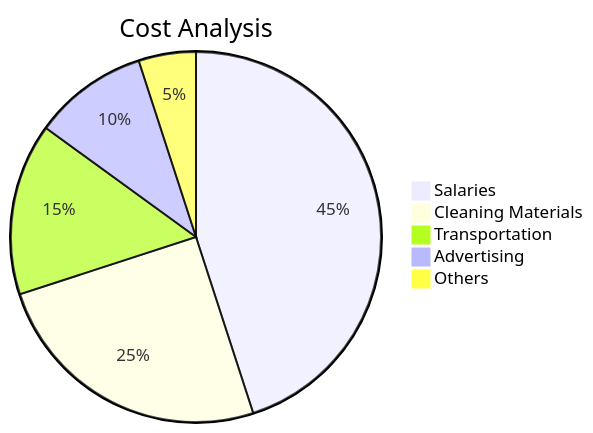
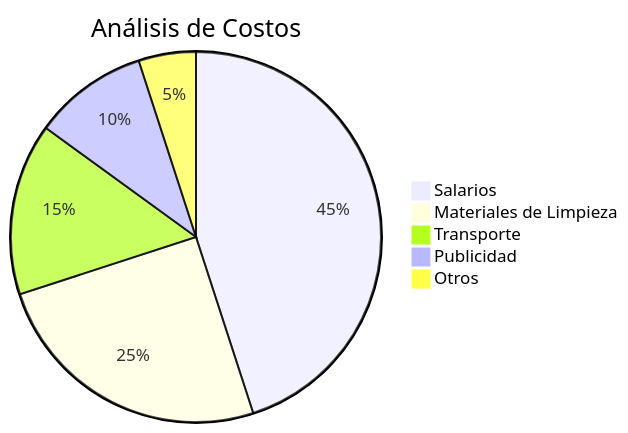
Before and after one commit to despiau/mermaid: the seventh of 10 diagrams in README.md, drawn with Mermaid. The commit also changed other lines of this file, not shown here.

````diff
--- a/README.md
+++ b/README.md
@@ -114,9 +114,9 @@
 ```mermaid
 pie
-    title Cost Analysis
-    "Salaries": 45
-    "Cleaning Materials": 25
-    "Transportation": 15
-    "Advertising": 10
-    "Others": 5
+    title Análisis de Costos
+    "Salarios": 45
+    "Materiales de Limpieza": 25
+    "Transporte": 15
+    "Publicidad": 10
+    "Otros": 5
 ```
````
